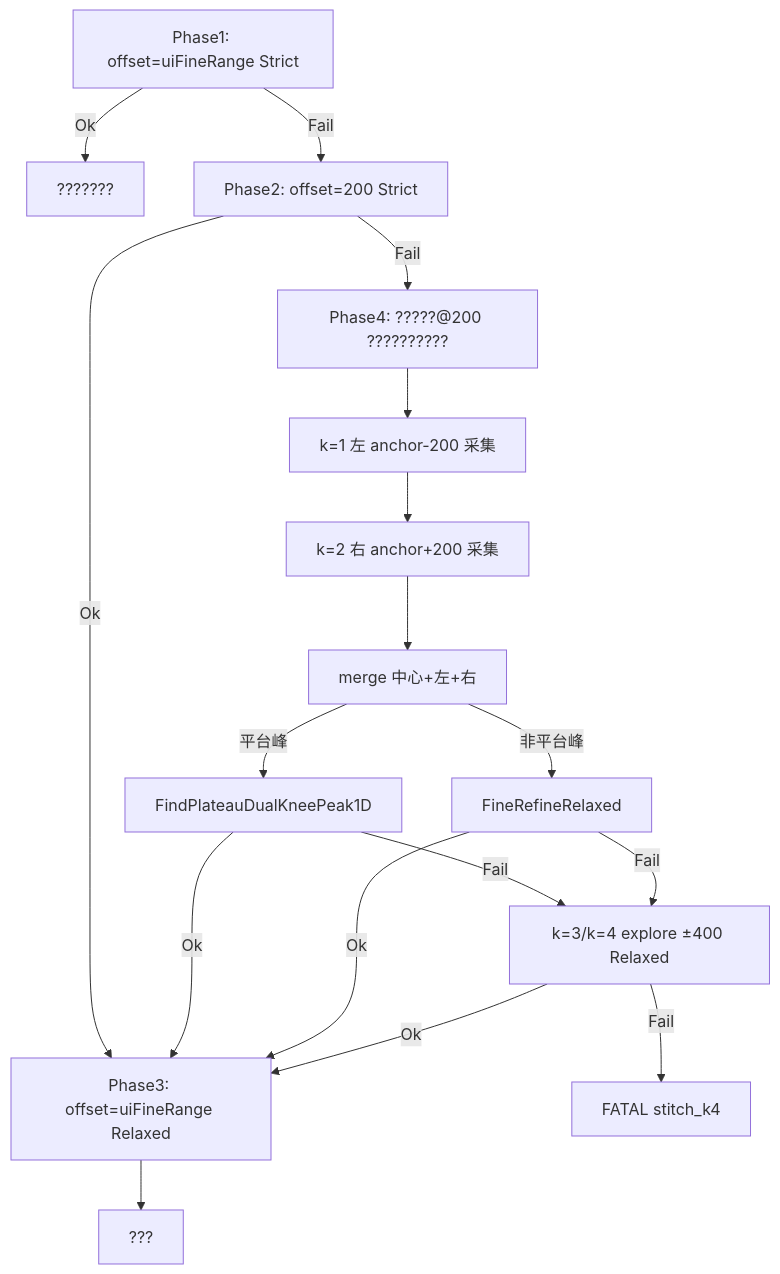
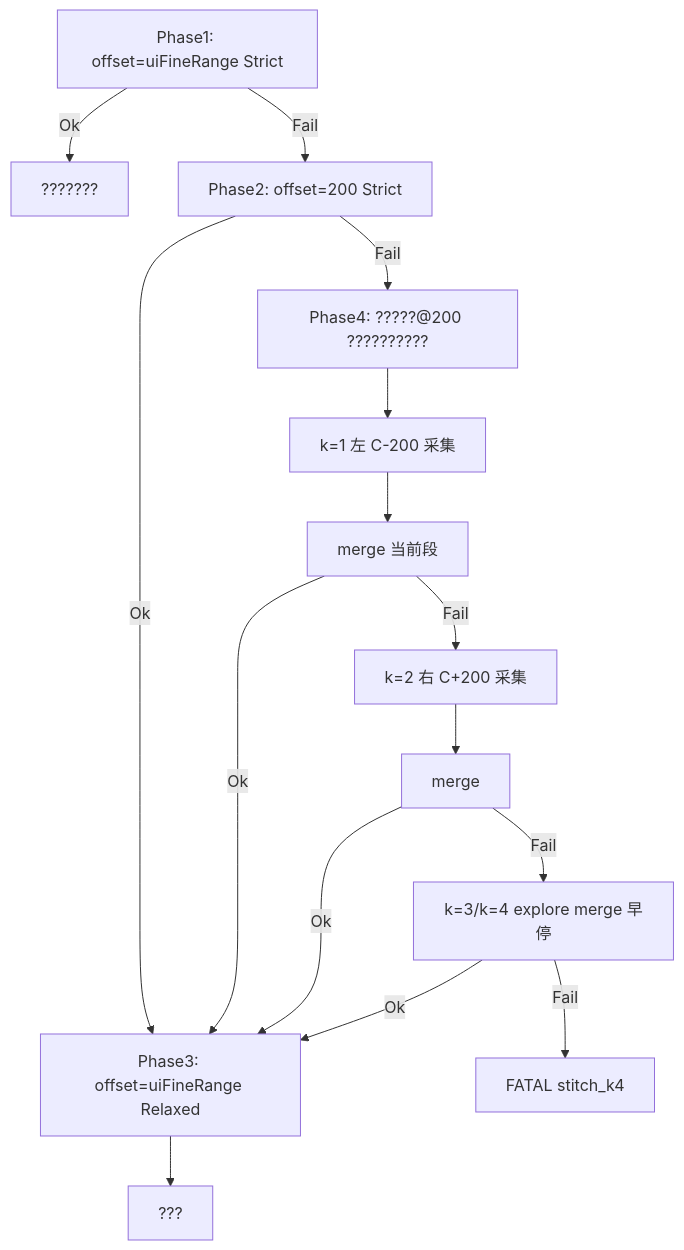
Before and after one commit to JacobLiou/Molex.OSBU.Module.M576Tool: the third of 4 diagrams in M576Calibrator/Docs/PeakFinder.md, drawn with Mermaid. The commit also changed other lines of this file and 12 other files, not shown here.

````diff
--- a/M576Calibrator/Docs/PeakFinder.md
+++ b/M576Calibrator/Docs/PeakFinder.md
@@ -170,19 +170,17 @@
 ```mermaid
 flowchart TD
   A["Phase1: offset=uiFineRange Strict"] -->|Ok| OK64[???????]
   A -->|Fail| B["Phase2: offset=200 Strict"]
   B -->|Ok| C["Phase3: offset=uiFineRange Relaxed"]
   C --> OKfine[???]
   B -->|Fail| D["Phase4: ?????@200 ??????????"]
-  D --> S1["k=1 左 anchor-200 采集"]
-  S1 --> S2["k=2 右 anchor+200 采集"]
-  S2 --> MERGE["merge 中心+左+右"]
-  MERGE -->|平台峰| DK["FindPlateauDualKneePeak1D"]
-  MERGE -->|非平台峰| RL["FineRefineRelaxed"]
-  DK -->|Ok| C
-  RL -->|Ok| C
-  DK -->|Fail| E1["k=3/k=4 explore ±400 Relaxed"]
-  RL -->|Fail| E1
+  D --> S1["k=1 左 C-200 采集"]
+  S1 --> M1["merge 当前段"]
+  M1 -->|Ok| C
+  M1 -->|Fail| S2["k=2 右 C+200 采集"]
+  S2 --> M2["merge"]
+  M2 -->|Ok| C
+  M2 -->|Fail| E1["k=3/k=4 explore merge 早停"]
   E1 -->|Ok| C
   E1 -->|Fail| FAIL["FATAL stitch_k4"]
 ```
````
